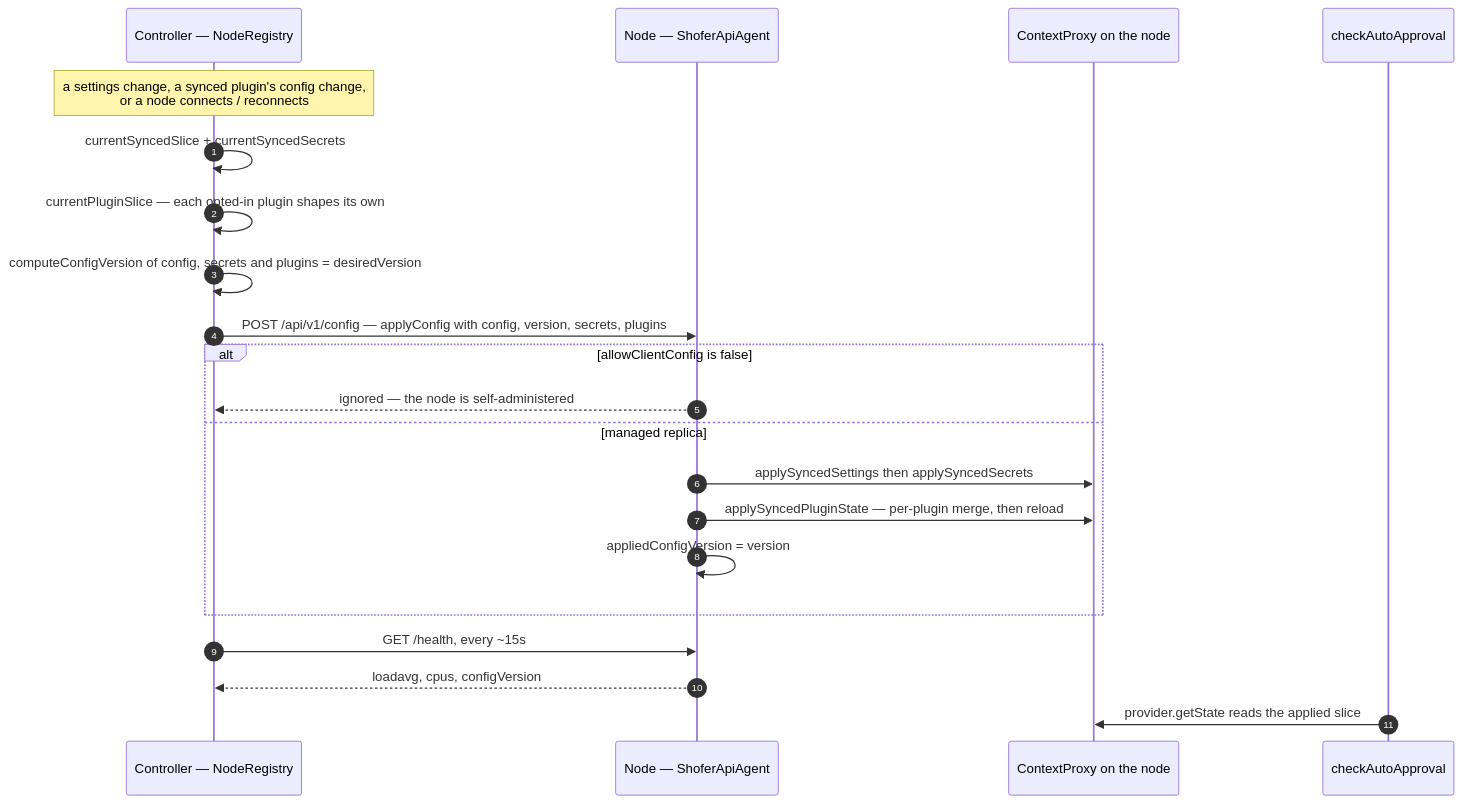
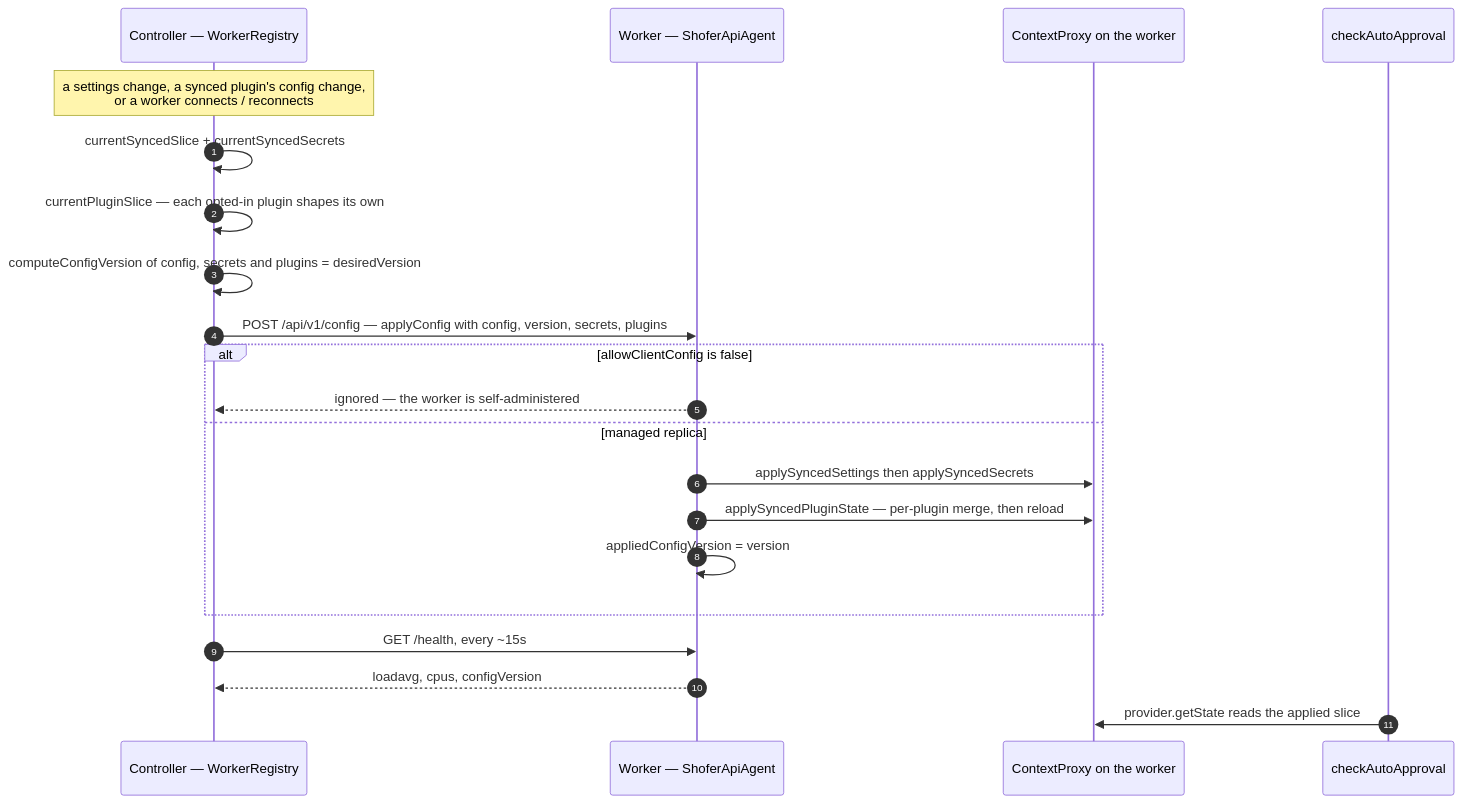
Before and after one commit to shofer-dev/shofer: the second of 3 diagrams in docs/config_sync.md, drawn with Mermaid. The commit also changed other lines of this file and 65 other files, not shown here.

````diff
--- a/docs/config_sync.md
+++ b/docs/config_sync.md
@@ -317,24 +317,24 @@
 ```mermaid
 sequenceDiagram
     autonumber
-    participant C as Controller — NodeRegistry
-    participant N as Node — ShoferApiAgent
-    participant P as ContextProxy on the node
+    participant C as Controller — WorkerRegistry
+    participant N as Worker — ShoferApiAgent
+    participant P as ContextProxy on the worker
     participant A as checkAutoApproval
 
-    Note over C: a settings change, a synced plugin's config change,<br/>or a node connects / reconnects
+    Note over C: a settings change, a synced plugin's config change,<br/>or a worker connects / reconnects
     C->>C: currentSyncedSlice + currentSyncedSecrets
     C->>C: currentPluginSlice — each opted-in plugin shapes its own
     C->>C: computeConfigVersion of config, secrets and plugins = desiredVersion
     C->>N: POST /api/v1/config — applyConfig with config, version, secrets, plugins
     alt allowClientConfig is false
-        N-->>C: ignored — the node is self-administered
+        N-->>C: ignored — the worker is self-administered
     else managed replica
         N->>P: applySyncedSettings then applySyncedSecrets
         N->>P: applySyncedPluginState — per-plugin merge, then reload
         N->>N: appliedConfigVersion = version
     end
     C->>N: GET /health, every ~15s
     N-->>C: loadavg, cpus, configVersion
     A->>P: provider.getState reads the applied slice
 ```
````
